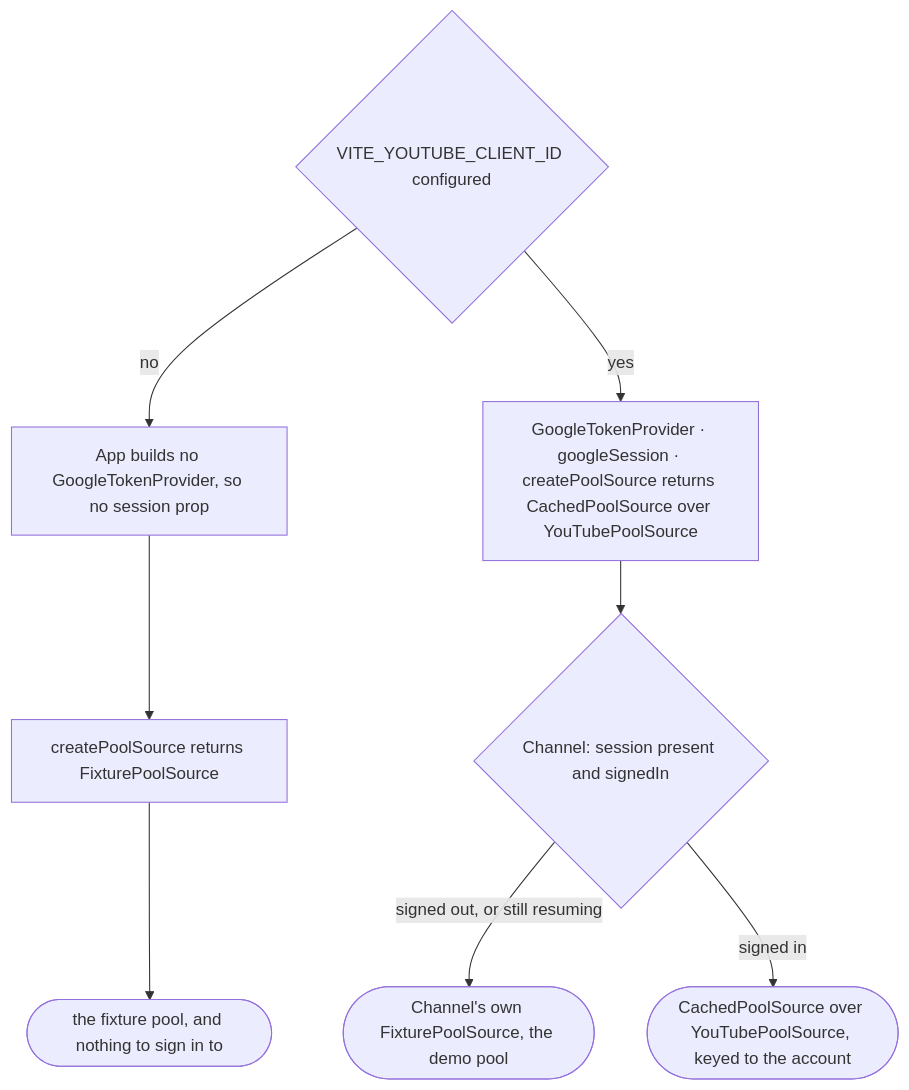
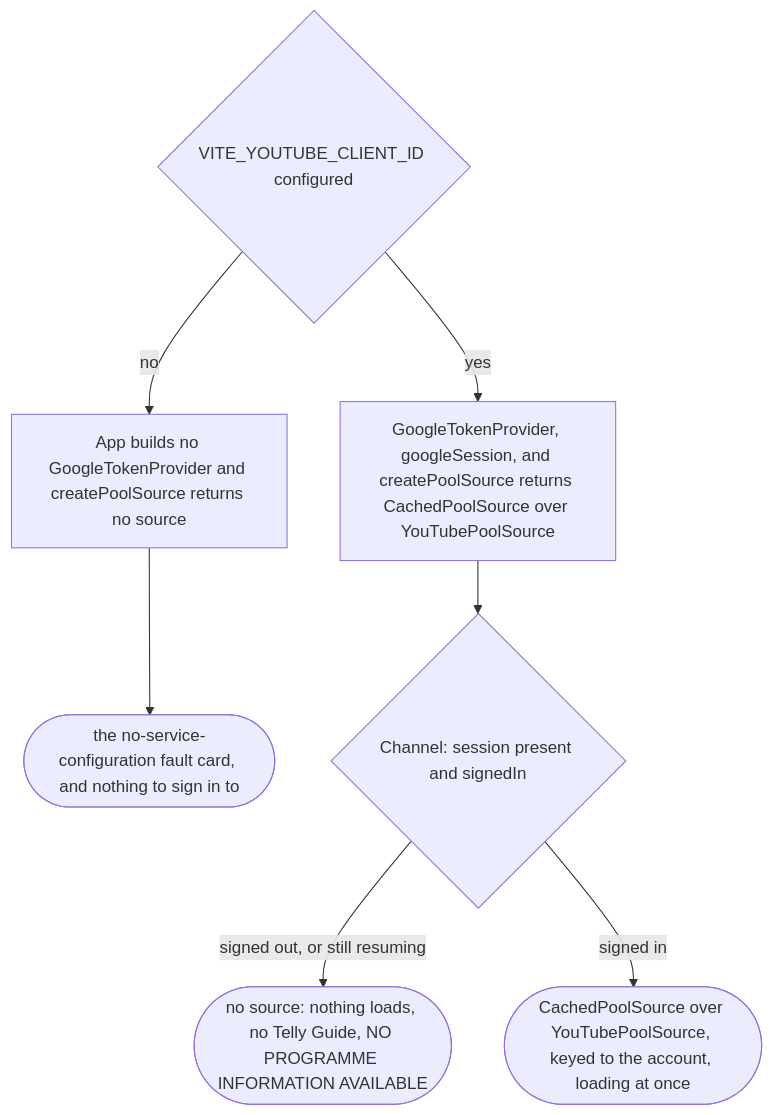
One commit to coolhandle01/telly changed the fourth of 5 diagrams in docs/architecture/components.md. Above: the diagram before and after it, drawn with Mermaid. The commit also changed other lines of this file and 159 other files, not shown here.

````diff
--- a/docs/architecture/components.md
+++ b/docs/architecture/components.md
@@ -275,11 +272,10 @@
 ```mermaid
 flowchart TB
   id{"VITE_YOUTUBE_CLIENT_ID configured"}
-  id -->|"no"| nosession["App builds no GoogleTokenProvider, so no session prop"]
-  nosession --> fix["createPoolSource returns FixturePoolSource"]
-  fix --> runs1(["the fixture pool, and nothing to sign in to"])
-  id -->|"yes"| built["GoogleTokenProvider · googleSession · createPoolSource returns CachedPoolSource over YouTubePoolSource"]
+  id -->|"no"| nosession["App builds no GoogleTokenProvider and createPoolSource returns no source"]
+  nosession --> fault(["the no-service-configuration fault card, and nothing to sign in to"])
+  id -->|"yes"| built["GoogleTokenProvider, googleSession, and createPoolSource returns CachedPoolSource over YouTubePoolSource"]
   built --> state{"Channel: session present and signedIn"}
-  state -->|"signed out, or still resuming"| demo(["Channel's own FixturePoolSource, the demo pool"])
-  state -->|"signed in"| live(["CachedPoolSource over YouTubePoolSource, keyed to the account"])
+  state -->|"signed out, or still resuming"| none(["no source: nothing loads, no Telly Guide, NO PROGRAMME INFORMATION AVAILABLE"])
+  state -->|"signed in"| live(["CachedPoolSource over YouTubePoolSource, keyed to the account, loading at once"])
 ```
````
